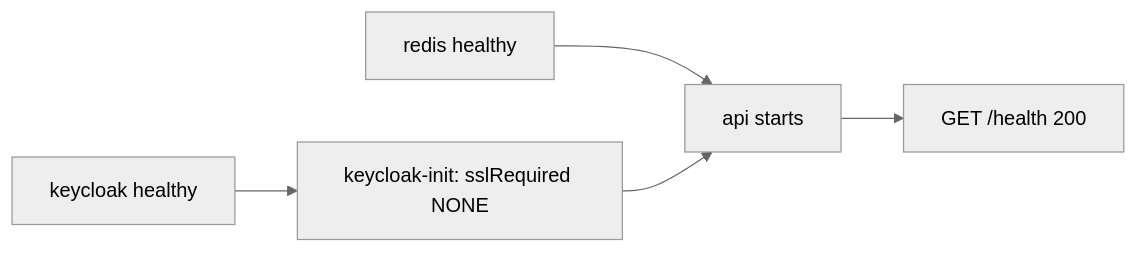
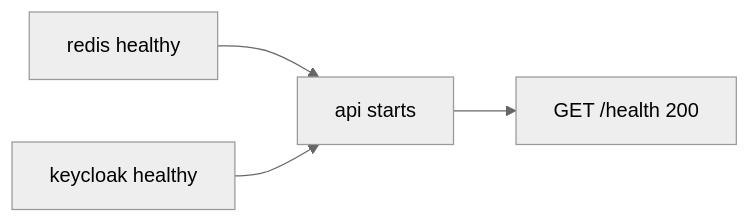
One commit to NotThaDev/SiteSense changed the third of 3 diagrams in docs/architecture.md. Above: the diagram before and after it, drawn with Mermaid (neutral theme). The commit also changed other lines of this file and 3 other files, not shown here.

First line of the commit message:
fix(docker): drop keycloak-init, document the admin console fix (SS-1)

````diff
--- a/docs/architecture.md
+++ b/docs/architecture.md
@@ -97,7 +96,6 @@
 ```mermaid
 flowchart LR
   R["redis healthy"] --> A["api starts"]
-  K["keycloak healthy"] --> I["keycloak-init: sslRequired NONE"]
-  I --> A
+  K["keycloak healthy"] --> A
   A --> H["GET /health 200"]
 ```
````
